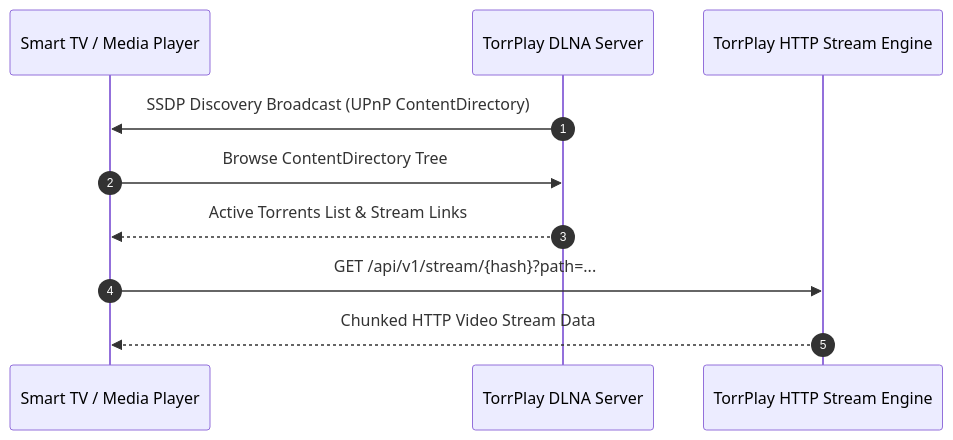
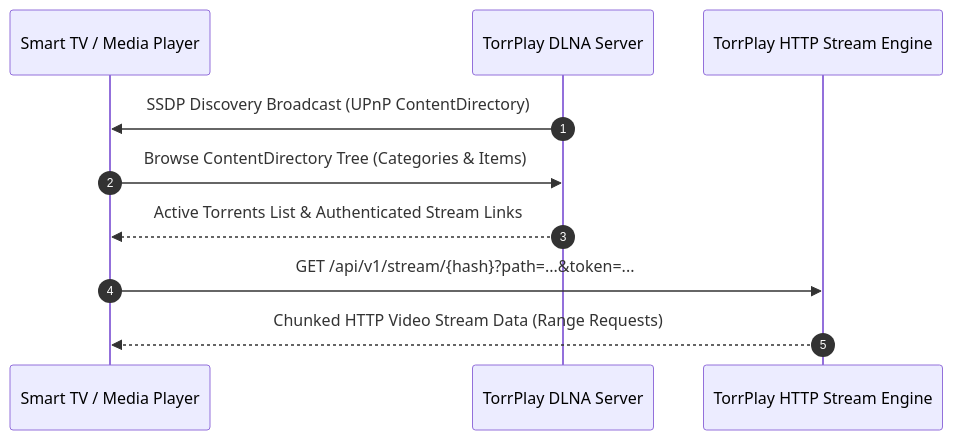
Before and after one commit to skunkie/skunkie.github.io: the diagram in content/en/docs/dlna.md, drawn with Mermaid. The commit also changed other lines of this file and 37 other files, not shown here.

````diff
--- a/content/en/docs/dlna.md
+++ b/content/en/docs/dlna.md
@@ -53,13 +59,13 @@
 ```mermaid
 sequenceDiagram
     autonumber
     participant TV as Smart TV / Media Player
     participant DLNA as TorrPlay DLNA Server
     participant Engine as TorrPlay HTTP Stream Engine
 
     DLNA->>TV: SSDP Discovery Broadcast (UPnP ContentDirectory)
-    TV->>DLNA: Browse ContentDirectory Tree
-    DLNA-->>TV: Active Torrents List & Stream Links
-    TV->>Engine: GET /api/v1/stream/{hash}?path=...
-    Engine-->>TV: Chunked HTTP Video Stream Data
+    TV->>DLNA: Browse ContentDirectory Tree (Categories & Items)
+    DLNA-->>TV: Active Torrents List & Authenticated Stream Links
+    TV->>Engine: GET /api/v1/stream/{hash}?path=...&token=...
+    Engine-->>TV: Chunked HTTP Video Stream Data (Range Requests)
 ```
````
